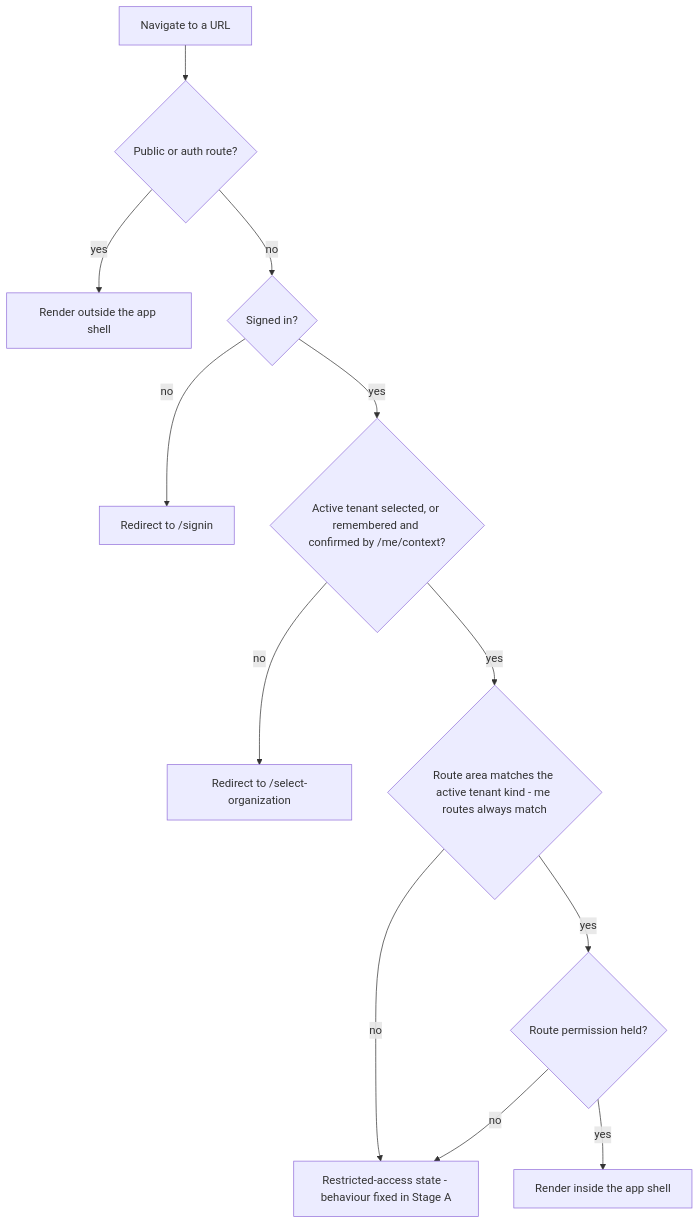
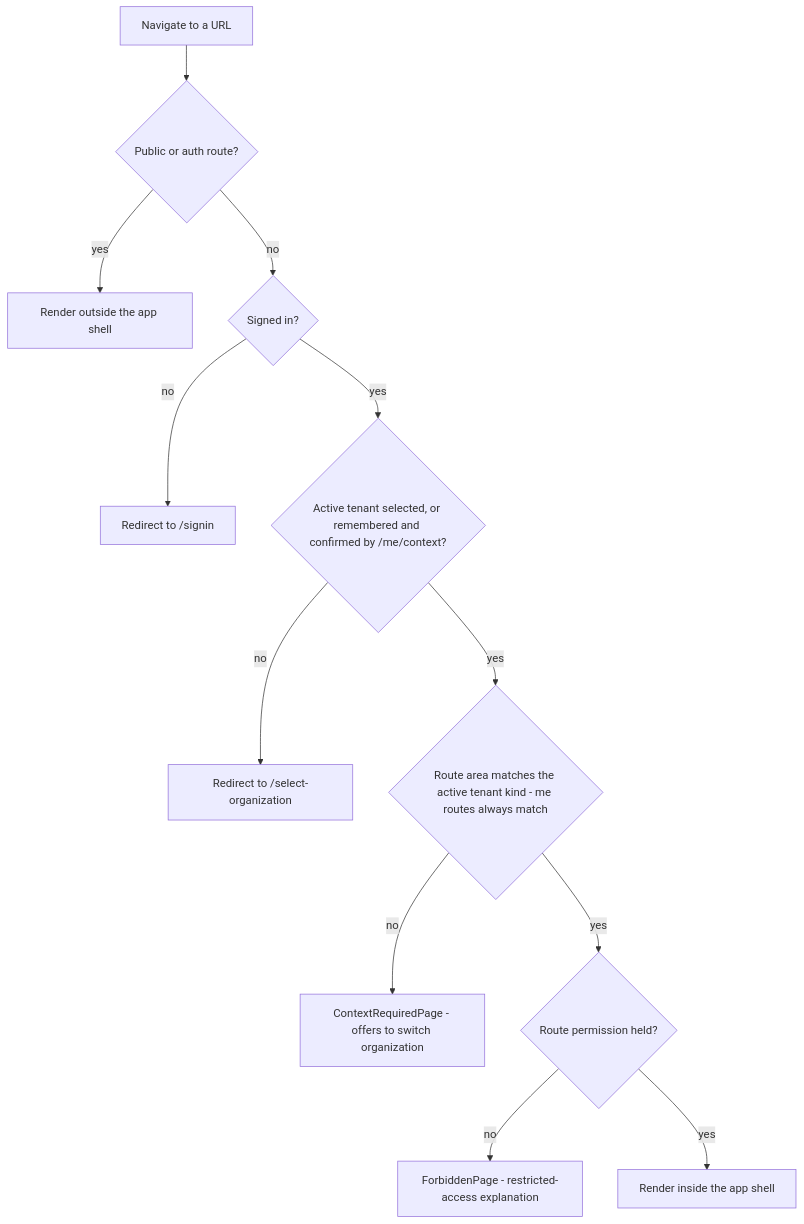
One commit to wemaketools/tenderiq changed the third of 7 diagrams in docs/technical/09-frontend.md. Above: the diagram before and after it, drawn with Mermaid. The commit also changed other lines of this file and 174 other files, not shown here.

````diff
--- a/docs/technical/09-frontend.md
+++ b/docs/technical/09-frontend.md
@@ -329,14 +363,14 @@
 ```mermaid
 flowchart TB
   NAV["Navigate to a URL"] --> OPEN{"Public or auth route?"}
   OPEN -- yes --> OUT["Render outside the app shell"]
   OPEN -- no --> SIGNED{"Signed in?"}
   SIGNED -- no --> SIGNIN["Redirect to /signin"]
   SIGNED -- yes --> TENANT{"Active tenant selected, or remembered and confirmed by /me/context?"}
   TENANT -- no --> SELECT["Redirect to /select-organization"]
   TENANT -- yes --> AREA{"Route area matches the active tenant kind - me routes always match"}
-  AREA -- no --> DENY["Restricted-access state - behaviour fixed in Stage A"]
+  AREA -- no --> CTX["ContextRequiredPage - offers to switch organization"]
   AREA -- yes --> PERM{"Route permission held?"}
-  PERM -- no --> DENY
+  PERM -- no --> DENY["ForbiddenPage - restricted-access explanation"]
   PERM -- yes --> SHELL["Render inside the app shell"]
 ```
````
